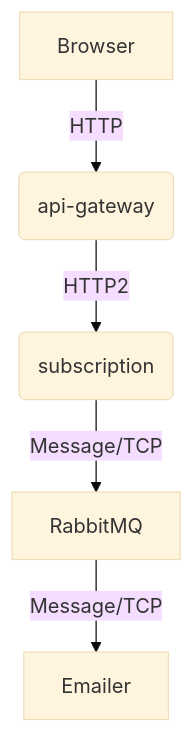
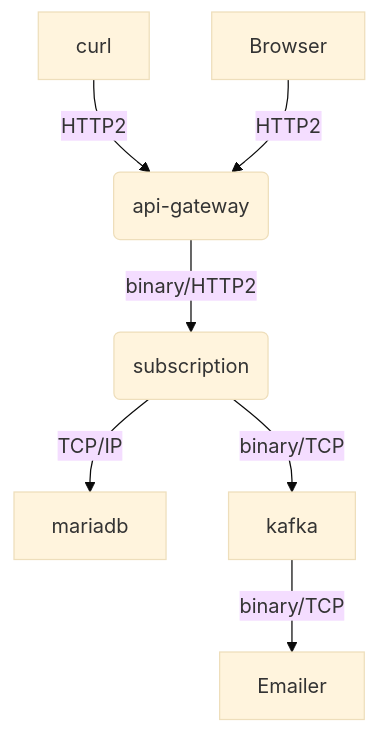
Before and after one commit to jcc2303/email-subscription: the diagram in README.md, drawn with Mermaid (base theme). The commit also changed other lines of this file, not shown here.

````diff
--- a/README.md
+++ b/README.md
@@ -7,11 +50,13 @@
 ```mermaid
 
 graph TD
 
-A[Browser] -->|HTTP| B(api-gateway)
-B -->|HTTP2| D(subscription)
-D -->|Message/TCP| E[RabbitMQ]
-E -->|Message/TCP| F[Emailer]
+C[curl] -->|HTTP2| G(api-gateway)
+B[Browser] -->|HTTP2| G(api-gateway)
+G -->|binary/HTTP2| S(subscription)
+S -->|TCP/IP| M[mariadb]
+S -->|binary/TCP| K[kafka]
+K -->|binary/TCP| F[Emailer]
     
 
 ```
````
